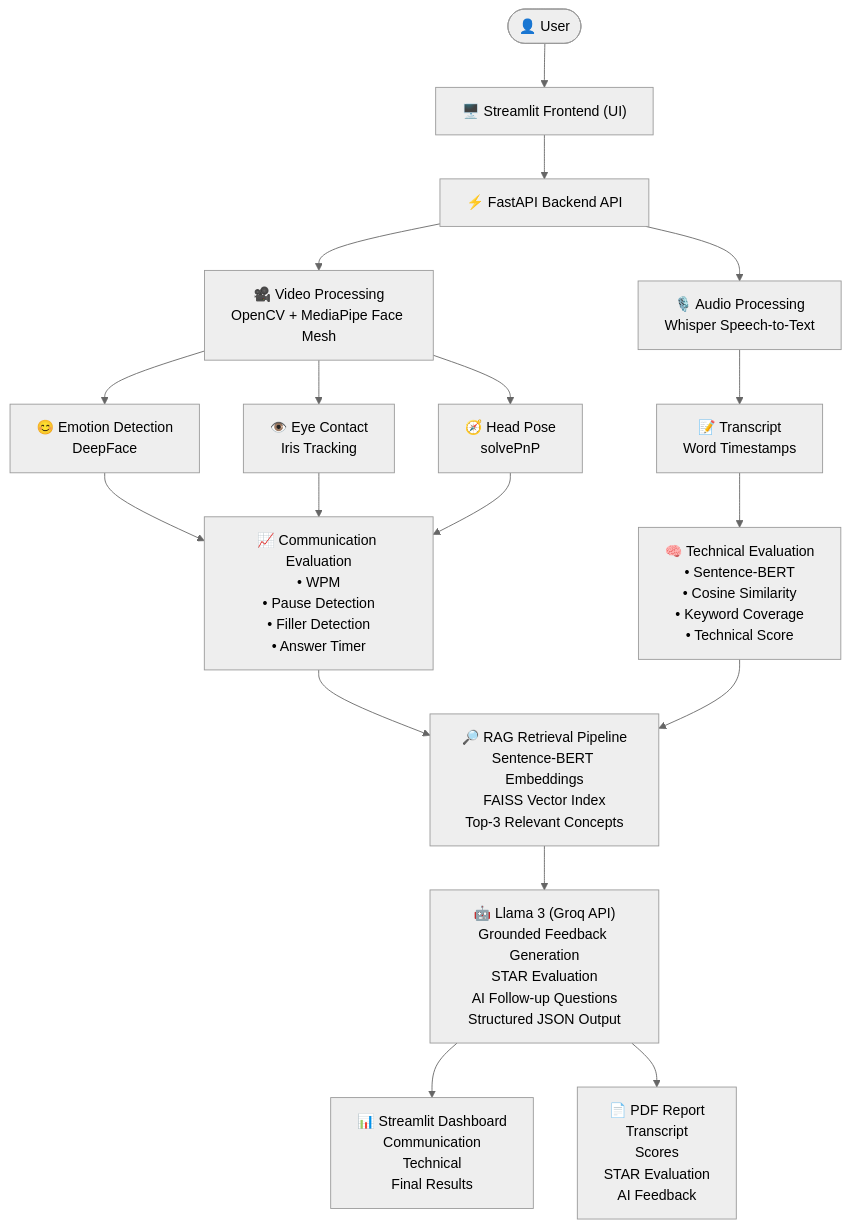
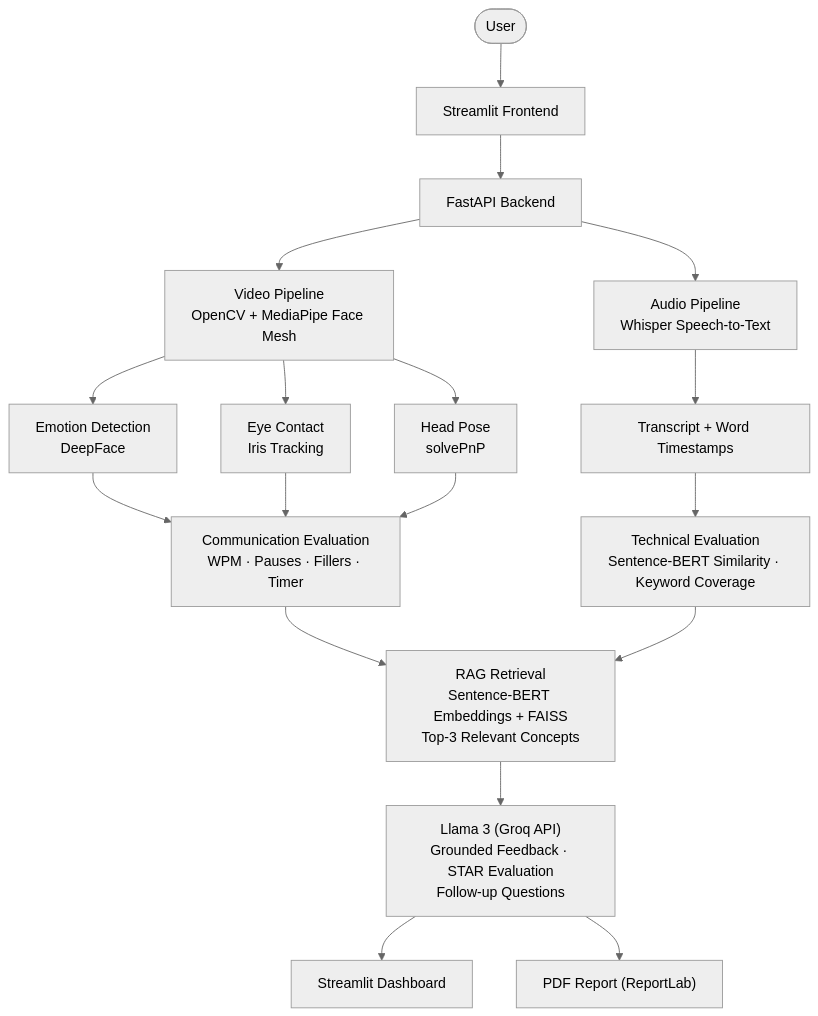
One commit to sandeepkumarcm/MirrorMind changed the diagram in README.md. Above: the diagram before and after it, drawn with Mermaid (neutral theme). The commit also changed other lines of this file, not shown here.

````diff
--- a/README.md
+++ b/README.md
@@ -35,55 +23,28 @@
 ```mermaid
 flowchart TD
+    U([User]) --> FE["Streamlit Frontend"]
+    FE --> BE["FastAPI Backend"]
 
-    U([👤 User])
+    BE --> VP["Video Pipeline<br/>OpenCV + MediaPipe Face Mesh"]
+    BE --> AP["Audio Pipeline<br/>Whisper Speech-to-Text"]
 
-    FE["🖥️ Streamlit Frontend (UI)"]
-    BE["⚡ FastAPI Backend API"]
+    VP --> EM["Emotion Detection<br/>DeepFace"]
+    VP --> EC["Eye Contact<br/>Iris Tracking"]
+    VP --> HP["Head Pose<br/>solvePnP"]
 
-    VP["🎥 Video Processing<br/>OpenCV + MediaPipe Face Mesh"]
-    AP["🎙️ Audio Processing<br/>Whisper Speech-to-Text"]
+    AP --> TS["Transcript + Word Timestamps"]
 
-    EM["😊 Emotion Detection<br/>DeepFace"]
-    EC["👁️ Eye Contact<br/>Iris Tracking"]
-    HP["🧭 Head Pose<br/>solvePnP"]
-
-    TS["📝 Transcript<br/>Word Timestamps"]
-
-    CE["📈 Communication Evaluation<br/>• WPM<br/>• Pause Detection<br/>• Filler Detection<br/>• Answer Timer"]
-
-    TE["🧠 Technical Evaluation<br/>• Sentence-BERT<br/>• Cosine Similarity<br/>• Keyword Coverage<br/>• Technical Score"]
-
-    RAG["🔎 RAG Retrieval Pipeline<br/>Sentence-BERT Embeddings<br/>FAISS Vector Index<br/>Top-3 Relevant Concepts"]
-
-    LLM["🤖 Llama 3 (Groq API)<br/>Grounded Feedback Generation<br/>STAR Evaluation<br/>AI Follow-up Questions<br/>Structured JSON Output"]
-
-    DASH["📊 Streamlit Dashboard<br/>Communication<br/>Technical<br/>Final Results"]
-
-    PDF["📄 PDF Report<br/>Transcript<br/>Scores<br/>STAR Evaluation<br/>AI Feedback"]
-
-    U --> FE
-    FE --> BE
-
-    BE --> VP
-    BE --> AP
-
-    VP --> EM
-    VP --> EC
-    VP --> HP
-
-    AP --> TS
-
-    EM --> CE
+    EM --> CE["Communication Evaluation<br/>WPM · Pauses · Fillers · Timer"]
     EC --> CE
     HP --> CE
 
-    TS --> TE
+    TS --> TE["Technical Evaluation<br/>Sentence-BERT Similarity · Keyword Coverage"]
 
-    CE --> RAG
+    CE --> RAG["RAG Retrieval<br/>Sentence-BERT Embeddings + FAISS<br/>Top-3 Relevant Concepts"]
     TE --> RAG
 
-    RAG --> LLM
+    RAG --> LLM["Llama 3 (Groq API)<br/>Grounded Feedback · STAR Evaluation<br/>Follow-up Questions"]
 
-    LLM --> DASH
-    LLM --> PDF
+    LLM --> DASH["Streamlit Dashboard"]
+    LLM --> PDF["PDF Report (ReportLab)"]
 ```
````
